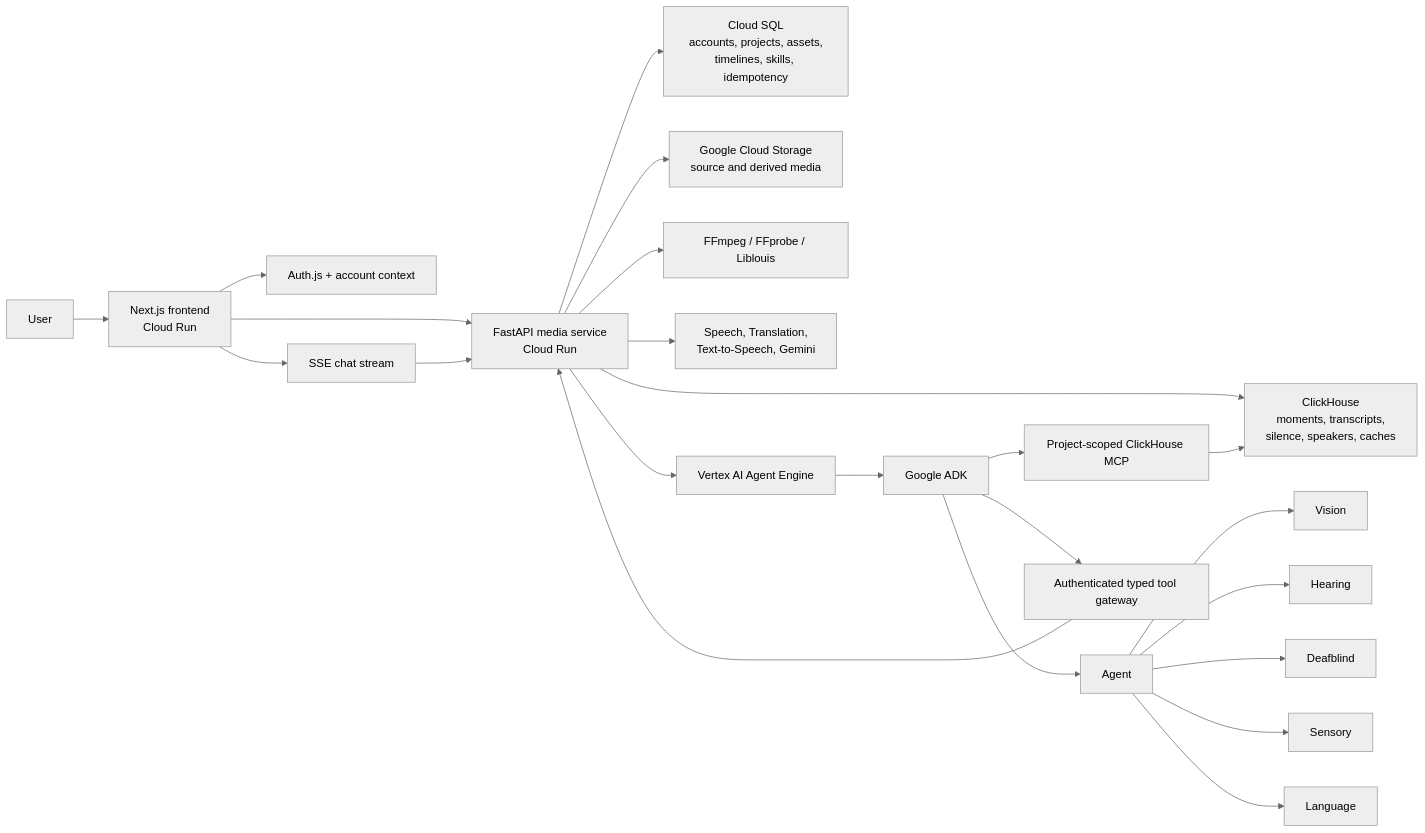
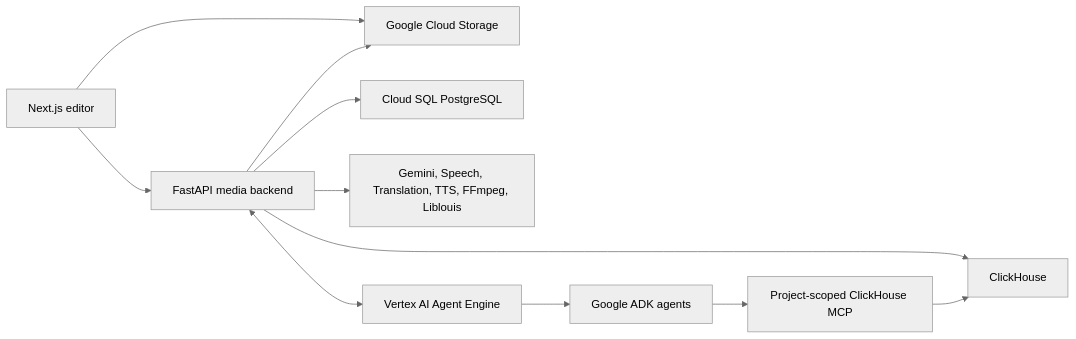
Before and after one commit to victorbash400/Amplifier: the diagram in README.md, drawn with Mermaid (neutral theme). The commit also changed other lines of this file, not shown here.

````diff
--- a/README.md
+++ b/README.md
@@ -105,28 +36,13 @@
 ```mermaid
 flowchart LR
-    U["User"] --> WEB["Next.js frontend<br/>Cloud Run"]
-    WEB --> AUTH["Auth.js + account context"]
-    WEB --> API["FastAPI media service<br/>Cloud Run"]
-
-    API --> PG["Cloud SQL<br/>accounts, projects, assets,<br/>timelines, skills, idempotency"]
-    API --> GCS["Google Cloud Storage<br/>source and derived media"]
-    API --> CH["ClickHouse<br/>moments, transcripts,<br/>silence, speakers, caches"]
-    API --> FFMPEG["FFmpeg / FFprobe / Liblouis"]
-    API --> GOOGLE["Speech, Translation,<br/>Text-to-Speech, Gemini"]
-
-    WEB --> SSE["SSE chat stream"]
-    SSE --> API
-    API --> AE["Vertex AI Agent Engine"]
-    AE --> ADK["Google ADK"]
-    ADK --> EDIT["Agent"]
-    EDIT --> V["Vision"]
-    EDIT --> H["Hearing"]
-    EDIT --> D["Deafblind"]
-    EDIT --> S["Sensory"]
-    EDIT --> L["Language"]
-
+    Browser["Next.js editor"] --> API["FastAPI media backend"]
+    Browser --> GCS["Google Cloud Storage"]
+    API --> SQL["Cloud SQL PostgreSQL"]
+    API --> GCS
+    API --> CH["ClickHouse"]
+    API --> Media["Gemini, Speech, Translation, TTS, FFmpeg, Liblouis"]
+    API <--> Engine["Vertex AI Agent Engine"]
+    Engine --> ADK["Google ADK agents"]
     ADK --> MCP["Project-scoped ClickHouse MCP"]
-    ADK --> TOOLS["Authenticated typed tool gateway"]
     MCP --> CH
-    TOOLS --> API
 ```
````
